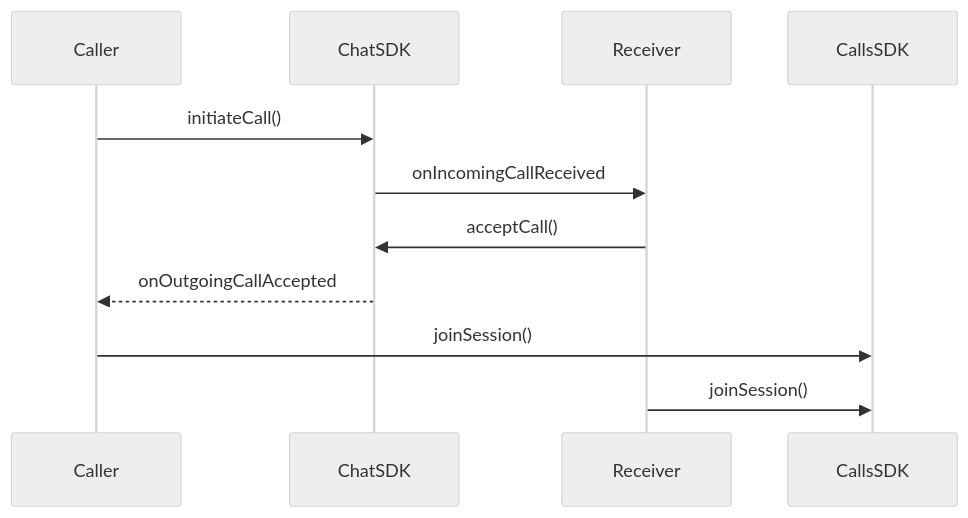
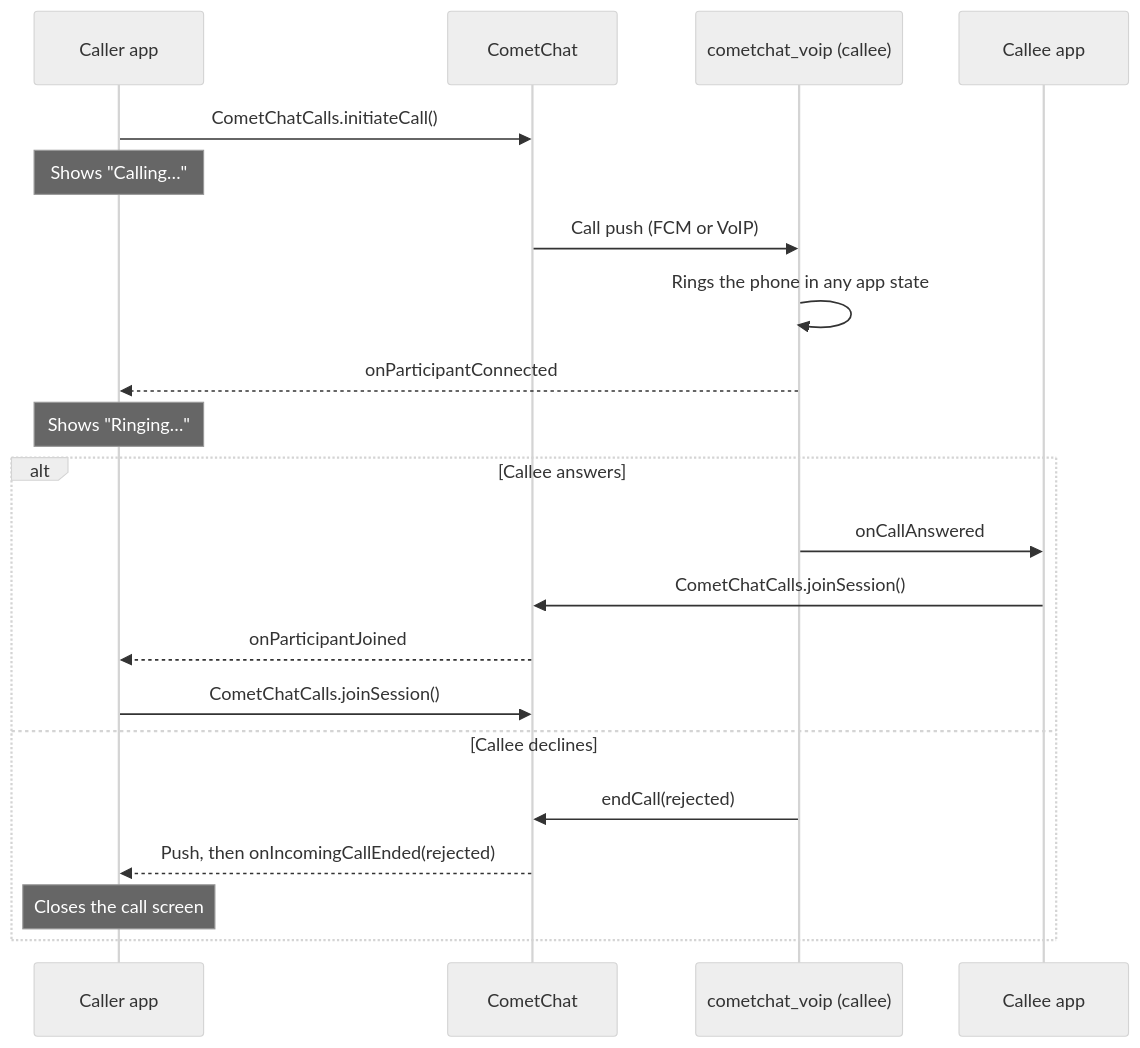
Before and after one commit to cometchat/docs: the diagram in calls/flutter/ringing.mdx, drawn with Mermaid (neutral theme). The commit also changed other lines of this file and 9 other files, not shown here.

First line of the commit message:
docs(calls): Flutter ringing on Calls SDK 5.1 and cometchat_voip

````diff
--- a/calls/flutter/ringing.mdx
+++ b/calls/flutter/ringing.mdx
@@ -21,14 +25,24 @@
 ```mermaid
 sequenceDiagram
-    participant Caller
-    participant ChatSDK
-    participant Receiver
-    participant CallsSDK
-    
-    Caller->>ChatSDK: initiateCall()
-    ChatSDK->>Receiver: onIncomingCallReceived
-    Receiver->>ChatSDK: acceptCall()
-    ChatSDK-->>Caller: onOutgoingCallAccepted
-    Caller->>CallsSDK: joinSession()
-    Receiver->>CallsSDK: joinSession()
+    participant Caller as Caller app
+    participant Server as CometChat
+    participant Voip as cometchat_voip (callee)
+    participant Callee as Callee app
+
+    Caller->>Server: CometChatCalls.initiateCall()
+    Note over Caller: Shows "Calling…"
+    Server->>Voip: Call push (FCM or VoIP)
+    Voip->>Voip: Rings the phone in any app state
+    Voip-->>Caller: onParticipantConnected
+    Note over Caller: Shows "Ringing…"
+    alt Callee answers
+        Voip->>Callee: onCallAnswered
+        Callee->>Server: CometChatCalls.joinSession()
+        Server-->>Caller: onParticipantJoined
+        Caller->>Server: CometChatCalls.joinSession()
+    else Callee declines
+        Voip->>Server: endCall(rejected)
+        Server-->>Caller: Push, then onIncomingCallEnded(rejected)
+        Note over Caller: Closes the call screen
+    end
 ```
````
